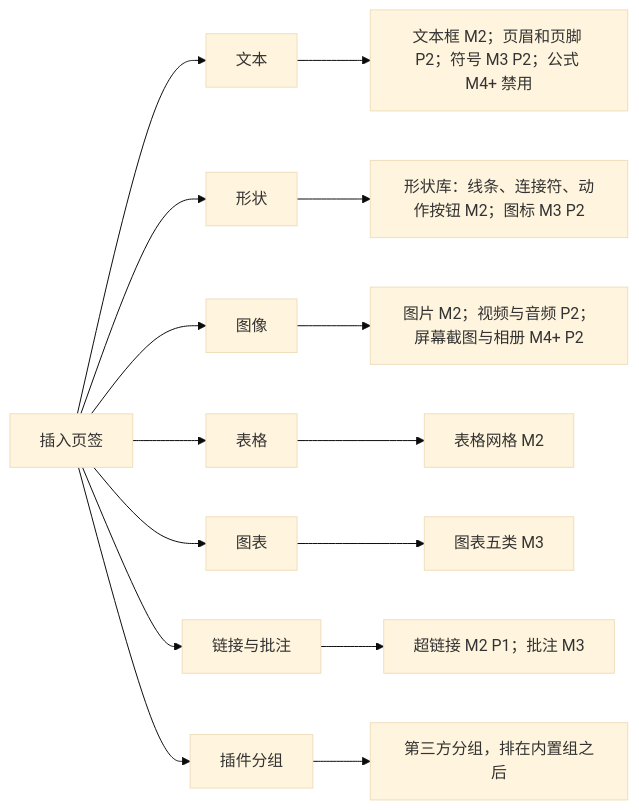
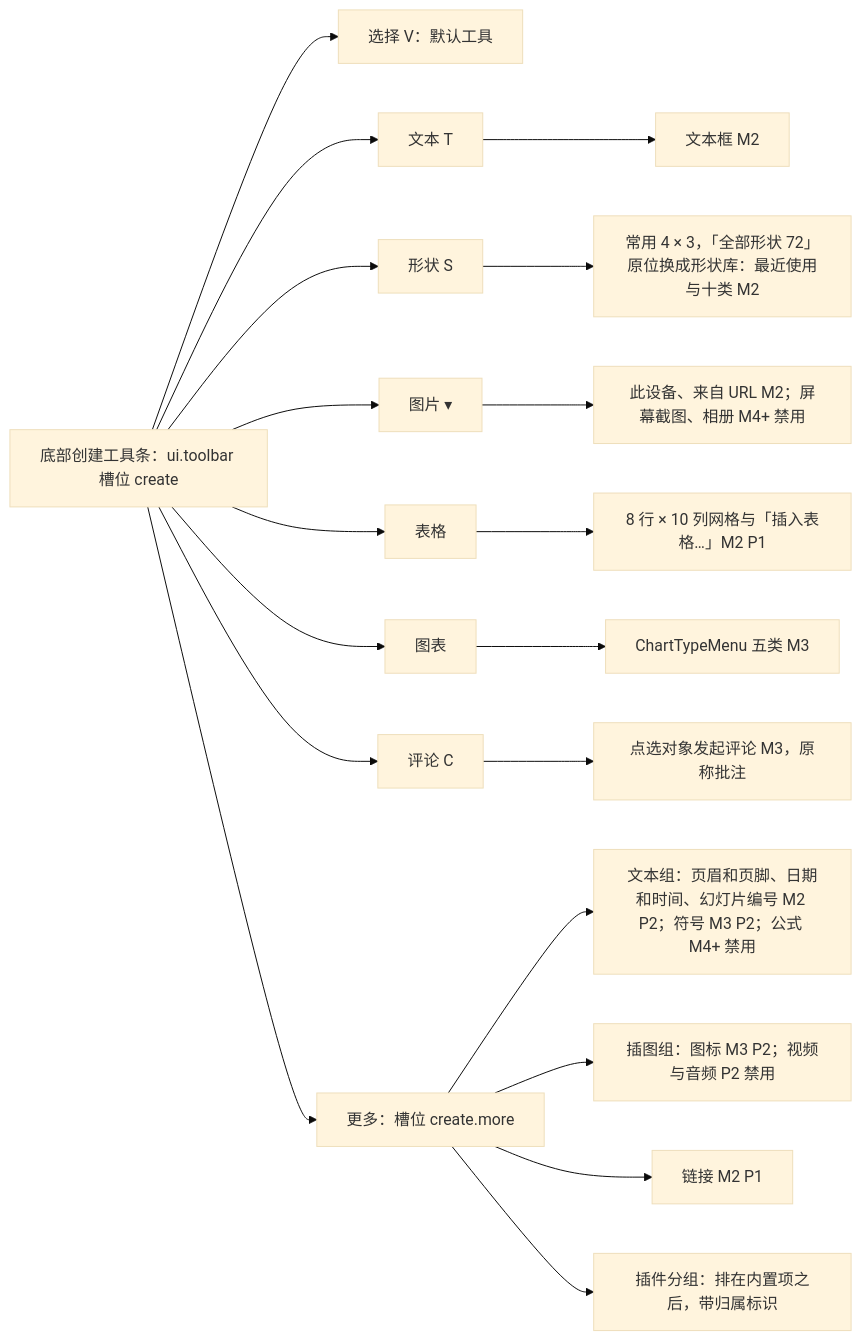
The ninth of 35 diagrams in docs/50-frontend/18-editor-capabilities.md (Xeonice/cordis-ppt-editor), drawn with Mermaid (base theme) before and after one commit. The commit also changed other lines of this file and 25 other files, not shown here.

````diff
--- a/docs/50-frontend/18-editor-capabilities.md
+++ b/docs/50-frontend/18-editor-capabilities.md
@@ -417,17 +429,21 @@
 ```mermaid
 flowchart LR
-  tab["插入页签"] --> gText["文本"]
-  tab --> gShape["形状"]
-  tab --> gImg["图像"]
-  tab --> gTbl["表格"]
-  tab --> gChart["图表"]
-  tab --> gLink["链接与批注"]
-  tab --> gPlug["插件分组"]
-  gText --> t1["文本框 M2；页眉和页脚 P2；符号 M3 P2；公式 M4+ 禁用"]
-  gShape --> s1["形状库：线条、连接符、动作按钮 M2；图标 M3 P2"]
-  gImg --> i1["图片 M2；视频与音频 P2；屏幕截图与相册 M4+ P2"]
-  gTbl --> b1["表格网格 M2"]
-  gChart --> c1["图表五类 M3"]
-  gLink --> l1["超链接 M2 P1；批注 M3"]
-  gPlug --> p1["第三方分组，排在内置组之后"]
+  bar["底部创建工具条：ui.toolbar 槽位 create"] --> tSel["选择 V：默认工具"]
+  bar --> tText["文本 T"]
+  bar --> tShape["形状 S"]
+  bar --> tImg["图片 ▾"]
+  bar --> tTbl["表格"]
+  bar --> tChart["图表"]
+  bar --> tCmt["评论 C"]
+  bar --> tMore["更多：槽位 create.more"]
+  tText --> a1["文本框 M2"]
+  tShape --> a2["常用 4 × 3，「全部形状 72」原位换成形状库：最近使用与十类 M2"]
+  tImg --> a3["此设备、来自 URL M2；屏幕截图、相册 M4+ 禁用"]
+  tTbl --> a4["8 行 × 10 列网格与「插入表格…」M2 P1"]
+  tChart --> a5["ChartTypeMenu 五类 M3"]
+  tCmt --> a6["点选对象发起评论 M3，原称批注"]
+  tMore --> a7["文本组：页眉和页脚、日期和时间、幻灯片编号 M2 P2；符号 M3 P2；公式 M4+ 禁用"]
+  tMore --> a8["插图组：图标 M3 P2；视频与音频 P2 禁用"]
+  tMore --> a9["链接 M2 P1"]
+  tMore --> a10["插件分组：排在内置项之后，带归属标识"]
 ```
````
